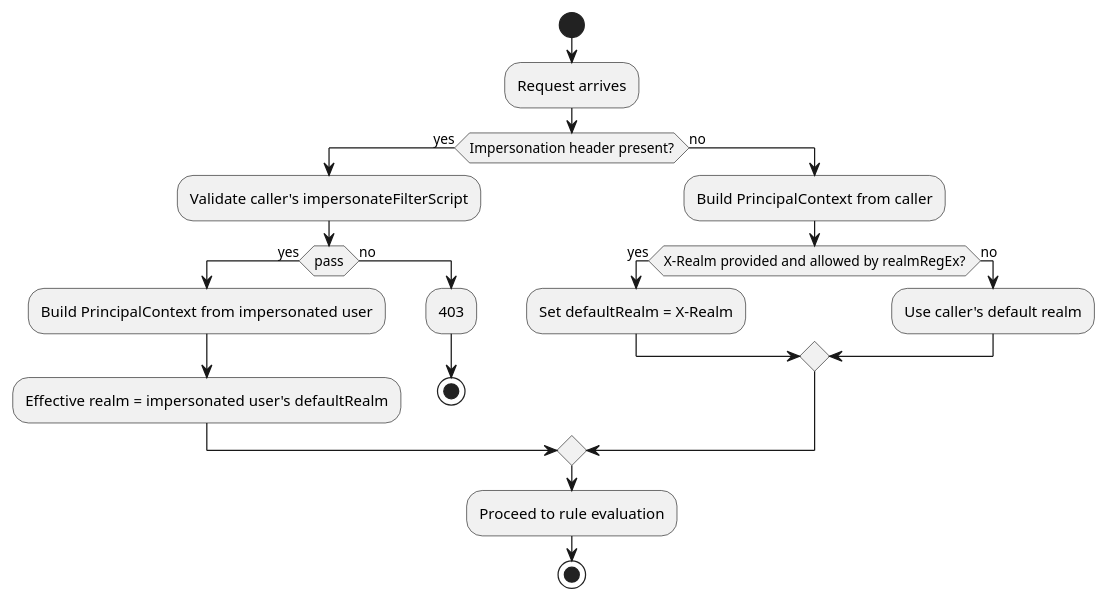
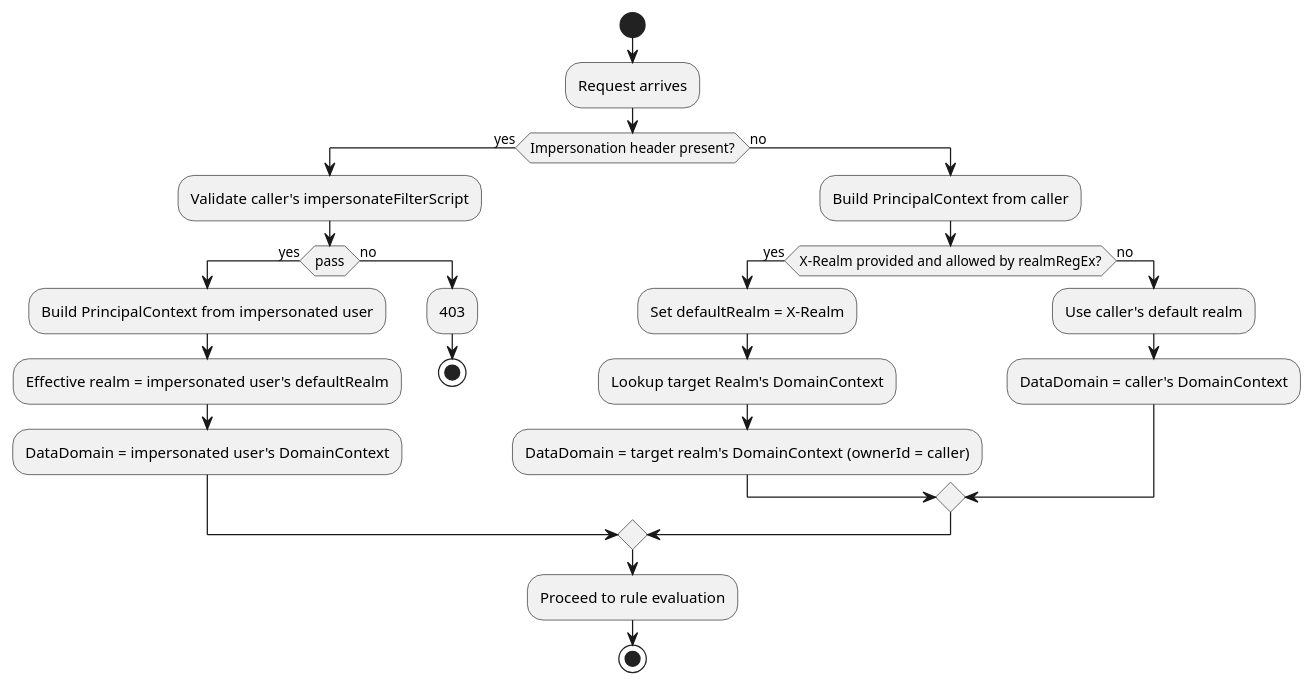
Before and after one commit to end2endlogic-com/quantum-framework: the seventh of 9 diagrams in quantum-docs/src/docs/asciidoc/user-guide/permissions.adoc, drawn with PlantUML. The commit also changed other lines of this file and 17 other files, not shown here.

```diff
--- a/quantum-docs/src/docs/asciidoc/user-guide/permissions.adoc
+++ b/quantum-docs/src/docs/asciidoc/user-guide/permissions.adoc
@@ -1109,26 +1168,30 @@
 [plantuml]
 ....
 @startuml
 start
 :Request arrives;
 if (Impersonation header present?) then (yes)
   :Validate caller's impersonateFilterScript;
   if (pass) then (yes)
     :Build PrincipalContext from impersonated user;
     :Effective realm = impersonated user's defaultRealm;
+    :DataDomain = impersonated user's DomainContext;
   else (no)
     :403;
     stop
   endif
 else (no)
   :Build PrincipalContext from caller;
   if (X-Realm provided and allowed by realmRegEx?) then (yes)
     :Set defaultRealm = X-Realm;
+    :Lookup target Realm's DomainContext;
+    :DataDomain = target realm's DomainContext (ownerId = caller);
   else (no)
     :Use caller's default realm;
+    :DataDomain = caller's DomainContext;
   endif
 endif
 :Proceed to rule evaluation;
 stop
 @enduml
 ....
```
